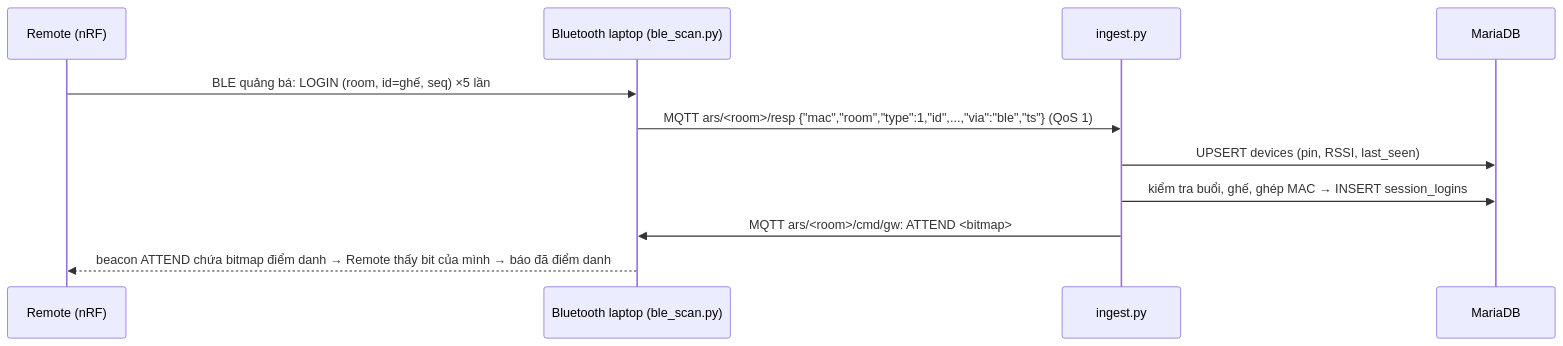
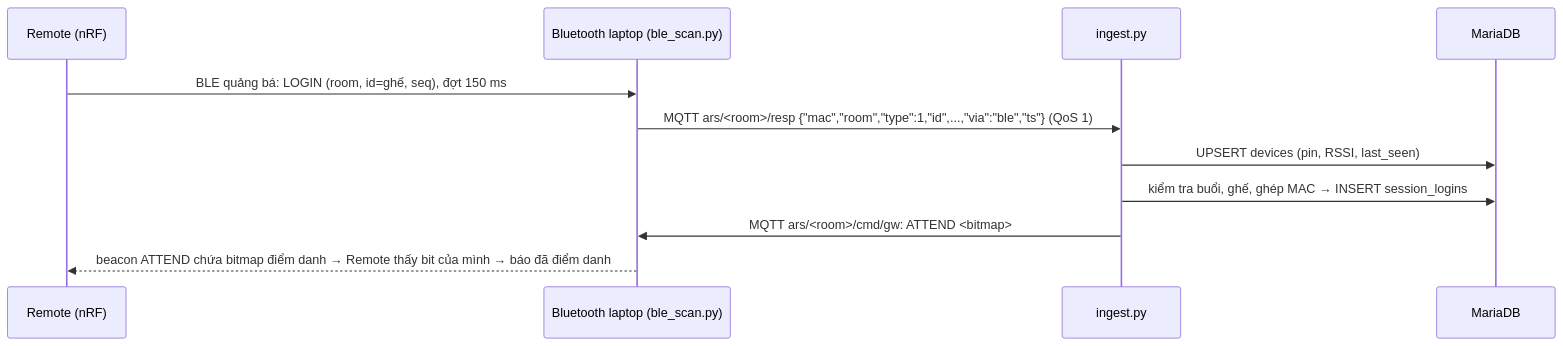
One commit to Rubydangoday/ars-server changed the diagram in README.md. Above: the diagram before and after it, drawn with Mermaid. The commit also changed other lines of this file and 24 other files, not shown here.

````diff
--- a/README.md
+++ b/README.md
@@ -151,13 +156,13 @@
 ```mermaid
 sequenceDiagram
     participant R as Remote (nRF)
     participant L as Bluetooth laptop (ble_scan.py)
     participant I as ingest.py
     participant D as MariaDB
-    R->>L: BLE quảng bá: LOGIN (room, id=ghế, seq) ×5 lần
+    R->>L: BLE quảng bá: LOGIN (room, id=ghế, seq), đợt 150 ms
     L->>I: MQTT ars/<room>/resp {"mac","room","type":1,"id",...,"via":"ble","ts"} (QoS 1)
     I->>D: UPSERT devices (pin, RSSI, last_seen)
     I->>D: kiểm tra buổi, ghế, ghép MAC → INSERT session_logins
     I->>L: MQTT ars/<room>/cmd/gw: ATTEND <bitmap>
     L-->>R: beacon ATTEND chứa bitmap điểm danh → Remote thấy bit của mình → báo đã điểm danh
 ```
````
